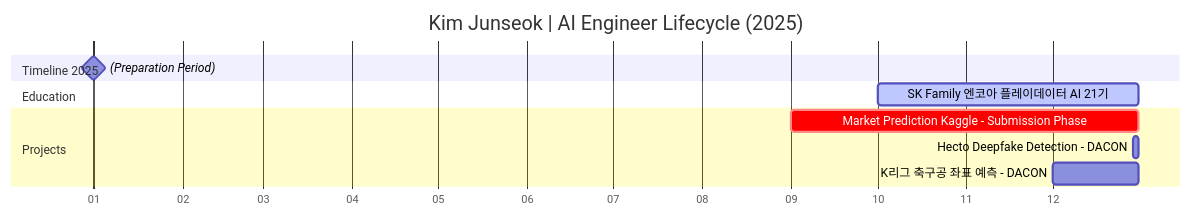
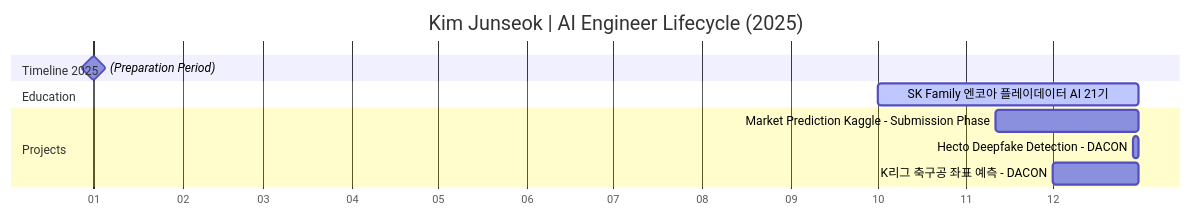
The first of 2 diagrams in README.md (junreud/junreud), drawn with Mermaid before and after one commit.

Commit message:
준석_mermaid 그래프 수정

````diff
--- a/README.md
+++ b/README.md
@@ -7,19 +7,19 @@
 ```mermaid
 gantt
     title Kim Junseok | AI Engineer Lifecycle (2025)
     dateFormat  YYYY-MM-DD
     axisFormat  %m
     tickInterval 1month
 
     %% Axis starts from Jan 2025
     section Timeline 2025
     (Preparation Period)                     :milestone, m1, 2025-01-01, 0d
 
     section Education
     SK Family 엔코아 플레이데이터 AI 21기      :active, edu1, 2025-10-01, 2025-12-31
 
     section Projects
-    Market Prediction Kaggle - Submission Phase         :crit, p1_sub, 2025-09-01, 2025-12-31
-    Hecto Deepfake Detection - DACON                 :p3, 2025-12-29, 2025-12-31
-    K리그 축구공 좌표 예측 - DACON                     :p4, 2025-12-01, 2025-12-31
+    Market Prediction Kaggle - Submission Phase         :p1, 2025-11-11, 2025-12-31
+    Hecto Deepfake Detection - DACON                 :p2, 2025-12-29, 2025-12-31
+    K리그 축구공 좌표 예측 - DACON                     :p3, 2025-12-01, 2025-12-31
 ```
````
